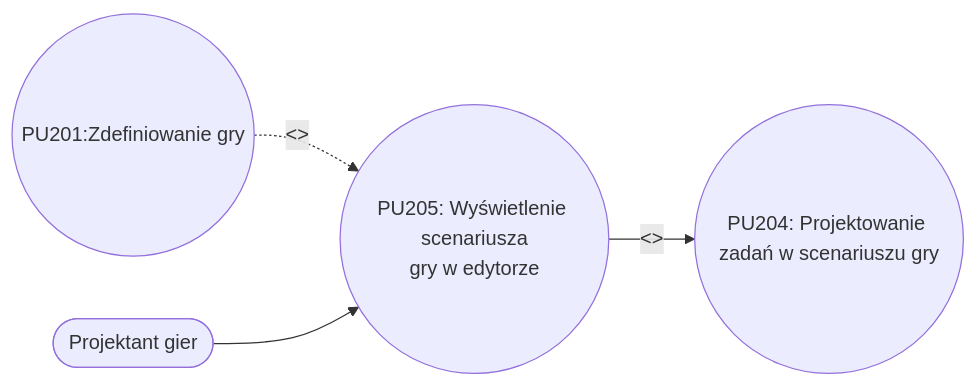
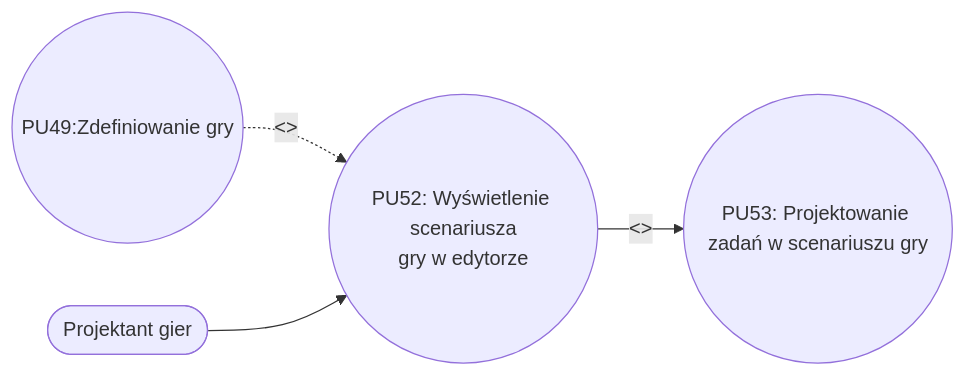
Diagram 13 of 13 in README.md (IWO-2026/project_iwo), drawn with Mermaid before and after one commit. The commit also changed other lines of this file, not shown here.

````diff
--- a/README.md
+++ b/README.md
@@ -1627,10 +1627,10 @@
 ```mermaid
 flowchart LR
-    PU201(("PU201:Zdefiniowanie gry"))
+    PU49(("PU49:Zdefiniowanie gry"))
     PG([Projektant gier])
-    PU205(("PU205: Wyświetlenie scenariusza\ngry w edytorze"))
-    PU204(("PU204: Projektowanie zadań w scenariuszu gry"))
-    PU201 -.->|"<<invoke>>"| PU205
-    PG --> PU205
-    PU205 -->|"<<invoke>>"| PU204
+    PU52(("PU52: Wyświetlenie scenariusza\ngry w edytorze"))
+    PU53(("PU53: Projektowanie zadań w scenariuszu gry"))
+    PU49 -.->|"<<invoke>>"| PU52
+    PG --> PU52
+    PU52 -->|"<<invoke>>"| PU53
 ```
````
